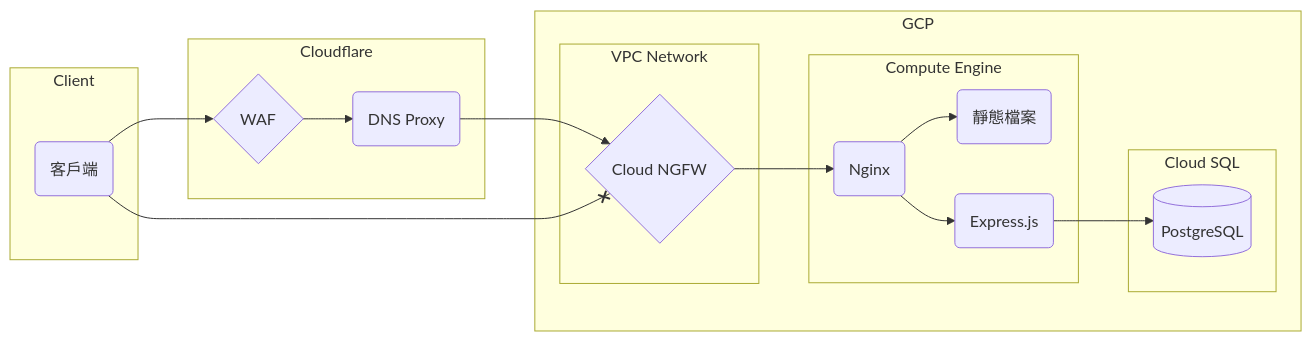
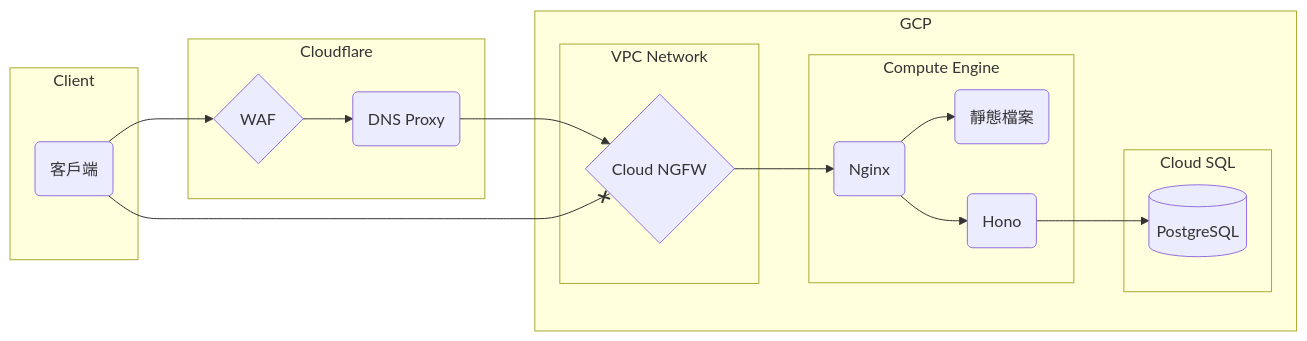
One commit to xzihnago/donor-query-system changed the diagram in README.md. Above: the diagram before and after it, drawn with Mermaid. The commit also changed other lines of this file and 3 other files, not shown here.

````diff
--- a/README.md
+++ b/README.md
@@ -23,35 +21,35 @@
 ```mermaid
 graph LR
     subgraph Client
         client(客戶端)
     end
 
     subgraph Cloudflare
         proxy(DNS Proxy)
         waf{WAF}
         client --> waf
         waf --> proxy
     end
 
     subgraph GCP
         subgraph VPC[VPC Network]
             ngfw{Cloud NGFW}
             proxy --> ngfw
             client --x ngfw
         end
 
         subgraph CE[Compute Engine]
             ngx(Nginx)
             static(靜態檔案)
-            express(Express.js)
+            hono(Hono)
             ngfw --> ngx
-            ngx --> express
+            ngx --> hono
             ngx --> static
         end
 
         subgraph SQL[Cloud SQL]
             pg[(PostgreSQL)]
-            express --> pg
+            hono --> pg
         end
     end
 ```
````
